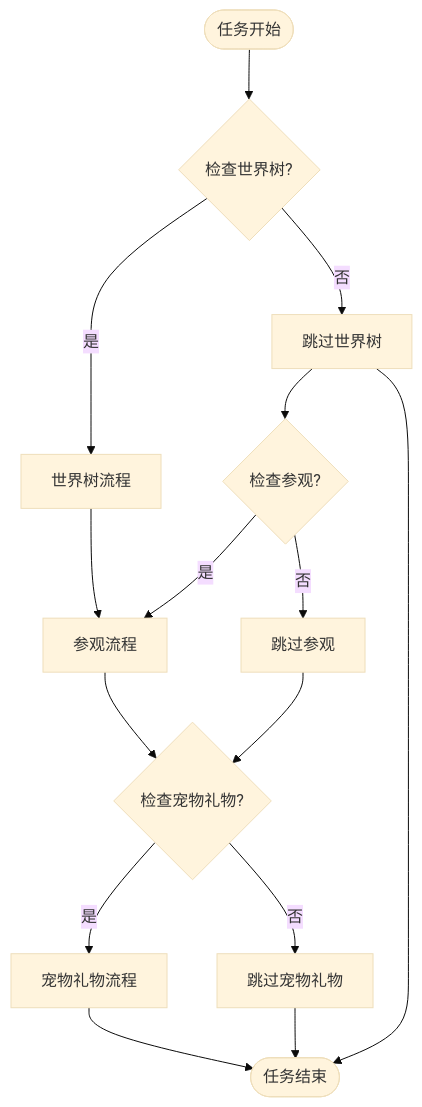
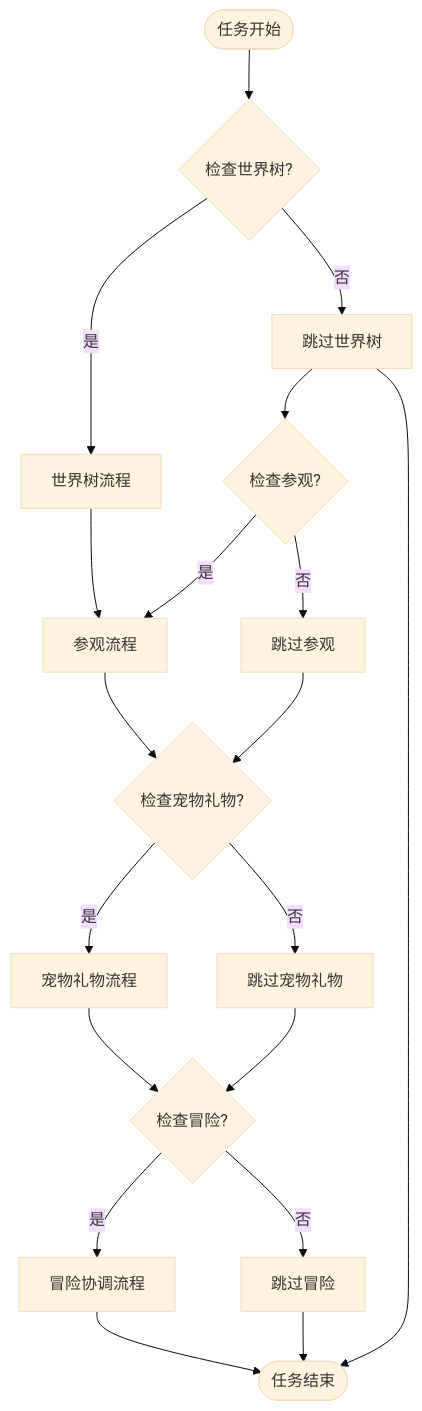
One commit to kqcoxn/MaaDuDuL changed the sixth of 15 diagrams in .qoder/repowiki/zh/content/Daily Saint Tour Functionality.md. Above: the diagram before and after it, drawn with Mermaid (base theme). The commit also changed other lines of this file and 12 other files, not shown here.

````diff
--- a/.qoder/repowiki/zh/content/Daily Saint Tour Functionality.md
+++ b/.qoder/repowiki/zh/content/Daily Saint Tour Functionality.md
@@ -234,17 +256,21 @@
 ```mermaid
 flowchart TD
 Start([任务开始]) --> CheckWorldTree{检查世界树?}
 CheckWorldTree --> |是| WorldTreeFlow[世界树流程]
 CheckWorldTree --> |否| SkipWorldTree[跳过世界树]
 SkipWorldTree --> CheckVisit{检查参观?}
 WorldTreeFlow --> VisitFlow[参观流程]
 CheckVisit --> |是| VisitFlow
 CheckVisit --> |否| SkipVisit[跳过参观]
 SkipVisit --> CheckPet{检查宠物礼物?}
 VisitFlow --> CheckPet
 CheckPet --> |是| PetFlow[宠物礼物流程]
 CheckPet --> |否| SkipPet[跳过宠物礼物]
-PetFlow --> End([任务结束])
-SkipPet --> End
+SkipPet --> CheckAdventure{检查冒险?}
+PetFlow --> CheckAdventure
+CheckAdventure --> |是| AdventureFlow[冒险协调流程]
+CheckAdventure --> |否| SkipAdventure[跳过冒险]
+AdventureFlow --> End([任务结束])
+SkipAdventure --> End
 SkipWorldTree --> End
 ```
````
